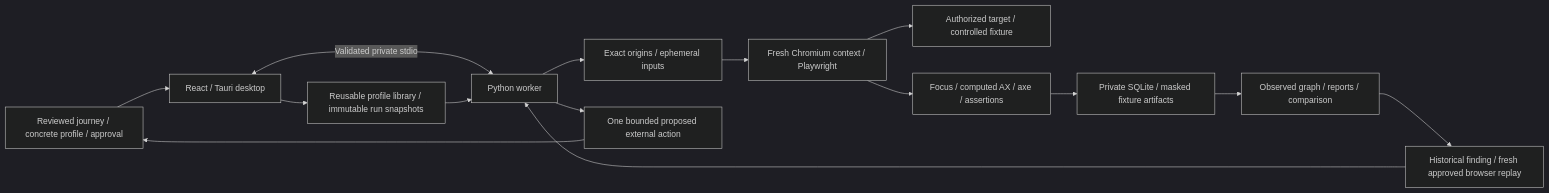
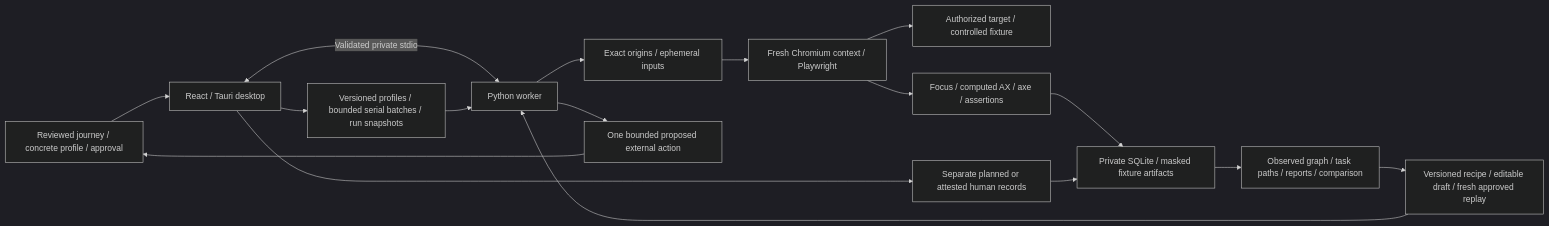
One commit to Rhythm-Sanghi/AccessMaze changed the diagram in docs/hackyard/architecture.md. Above: the diagram before and after it, drawn with Mermaid (dark theme). The commit also changed other lines of this file and 96 other files, not shown here.

First line of the commit message:
Improve browser investigation and release verification (#1)

````diff
--- a/docs/hackyard/architecture.md
+++ b/docs/hackyard/architecture.md
@@ -3,17 +3,19 @@
 ```mermaid
 flowchart LR
   Person[Reviewed journey / concrete profile / approval] --> UI[React / Tauri desktop]
   UI <-->|Validated private stdio| Worker[Python worker]
   Worker --> Policy[Exact origins / ephemeral inputs]
   Policy --> Browser[Fresh Chromium context / Playwright]
   Browser --> Site[Authorized target / controlled fixture]
   Browser --> Observations[Focus / computed AX / axe / assertions]
   Observations --> SQLite[Private SQLite / masked fixture artifacts]
-  SQLite --> Investigation[Observed graph / reports / comparison]
-  UI --> Profiles[Reusable profile library / immutable run snapshots]
+  SQLite --> Investigation[Observed graph / task paths / reports / comparison]
+  UI --> Human[Separate planned or attested human records]
+  Human --> SQLite
+  UI --> Profiles[Versioned profiles / bounded serial batches / run snapshots]
   Profiles --> Worker
-  Investigation --> Replay[Historical finding / fresh approved browser replay]
+  Investigation --> Replay[Versioned recipe / editable draft / fresh approved replay]
   Replay --> Worker
   Worker --> Proposal[One bounded proposed external action]
   Proposal --> Person
 ```
````
